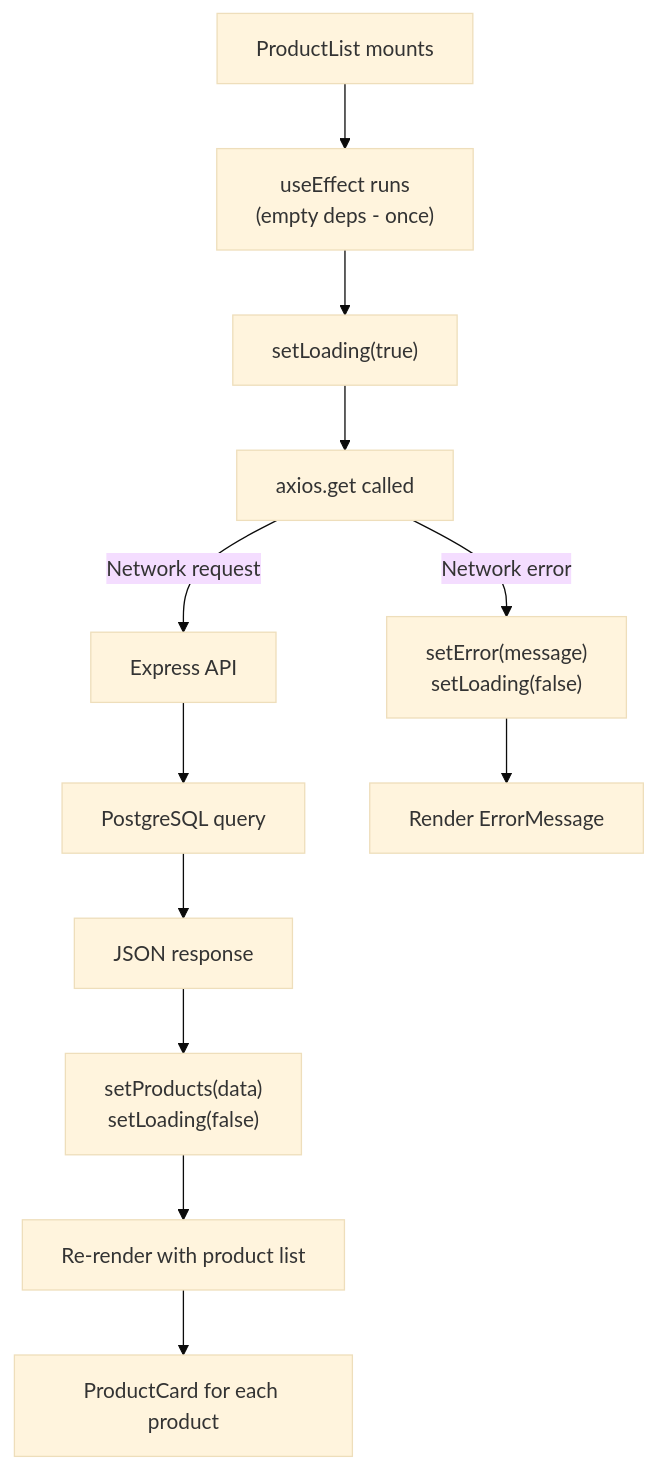
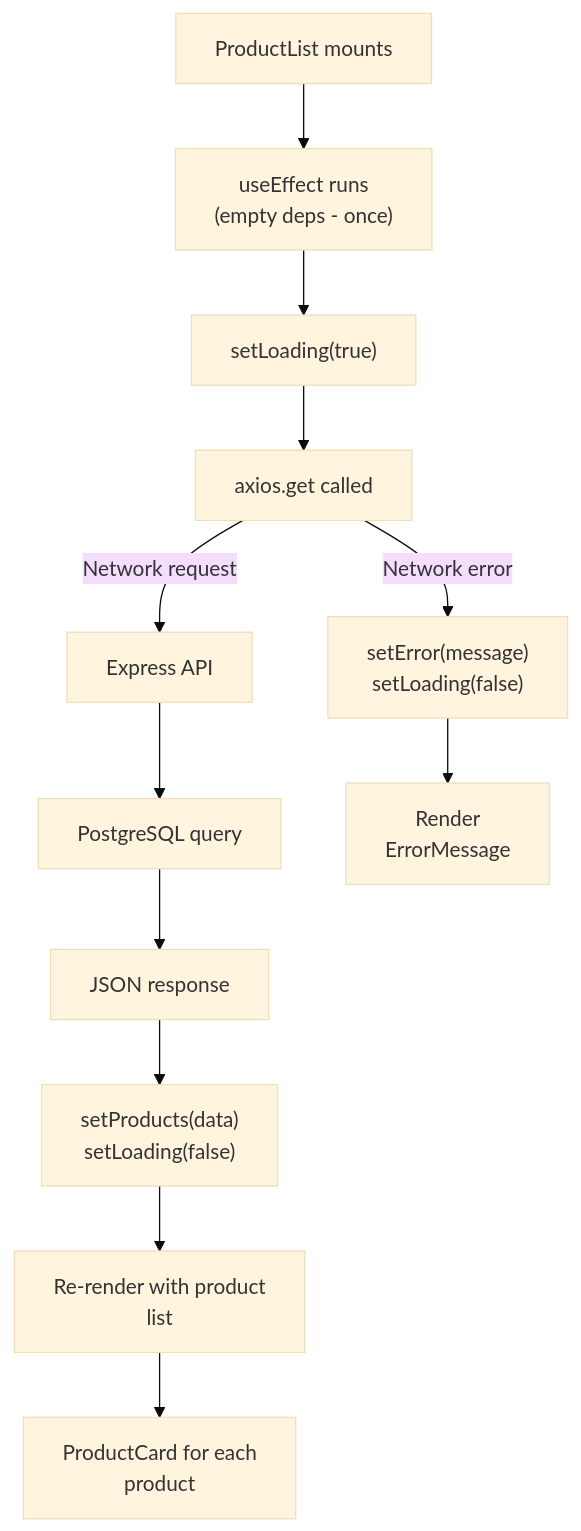
The diagram in 02-Semester-VI/CS-353-MJ-T-Web-Technology-II/Important-Questions.md (amitdevx/TY), drawn with Mermaid (base theme) before and after one commit. The commit also changed 65 other files, not shown here.

Commit message:
fix:graph vertical

````diff
--- a/02-Semester-VI/CS-353-MJ-T-Web-Technology-II/Important-Questions.md
+++ b/02-Semester-VI/CS-353-MJ-T-Web-Technology-II/Important-Questions.md
@@ -602,14 +602,14 @@
 ```mermaid
 graph TD
     A[ProductList mounts] --> B["useEffect runs<br/>(empty deps - once)"]
     B --> C["setLoading(true)"]
     C --> D[axios.get called]
     D -->|Network request| E[Express API]
     E --> F[PostgreSQL query]
     F --> G[JSON response]
     G --> H["setProducts(data)<br/>setLoading(false)"]
-    H --> I[Re-render with product list]
-    I --> J[ProductCard for each product]
+    H --> I[Re-render with product<br/>list]
+    I --> J[ProductCard for each<br/>product]
     D -->|Network error| K["setError(message)<br/>setLoading(false)"]
-    K --> L[Render ErrorMessage]
+    K --> L[Render<br/>ErrorMessage]
 ```
````
